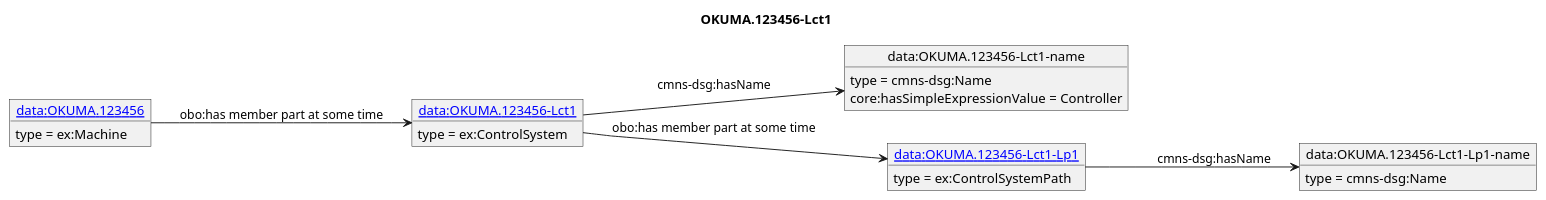
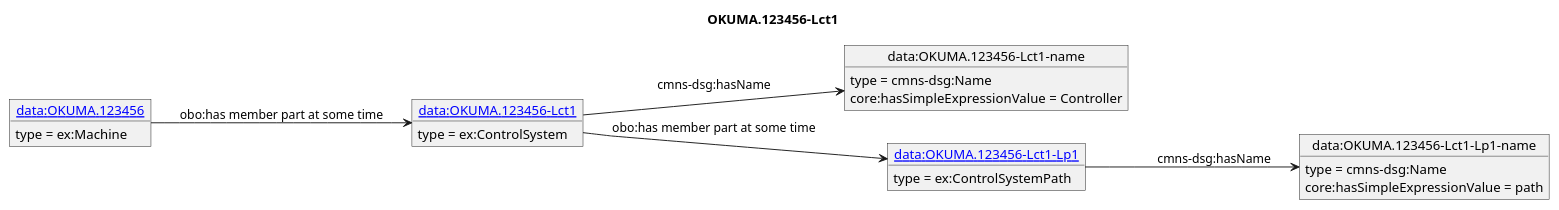
The diagram in diagrams/OKUMA.123456-Lct1.puml (iofoundry/example-syseng-mtconnect), drawn with PlantUML before and after one commit. The commit also changed 36 other files, not shown here.

```diff
--- a/diagrams/OKUMA.123456-Lct1.puml
+++ b/diagrams/OKUMA.123456-Lct1.puml
@@ -1,25 +1,26 @@
 @startuml
 skinparam linetype polyline
 left to right direction
 title OKUMA.123456-Lct1
 object "[[./OKUMA.123456-Lct1.html data:OKUMA.123456-Lct1]]" as o1 {
  type = ex:ControlSystem
  }
 object "data:OKUMA.123456-Lct1-name" as o2 {
  type = cmns-dsg:Name
  }
 object "[[./OKUMA.123456-Lct1-Lp1.html data:OKUMA.123456-Lct1-Lp1]]" as o3 {
  type = ex:ControlSystemPath
  }
 object "data:OKUMA.123456-Lct1-Lp1-name" as o4 {
  type = cmns-dsg:Name
  }
 object "[[./OKUMA.123456.html data:OKUMA.123456]]" as o5 {
  type = ex:Machine
  }
 o1 --> o2 : cmns-dsg:hasName
 o2 : core:hasSimpleExpressionValue = Controller
 o1 --> o3 : obo:has member part at some time
 o3 --> o4 : cmns-dsg:hasName
+o4 : core:hasSimpleExpressionValue = path
 o5 --> o1 : obo:has member part at some time
 @enduml
```
